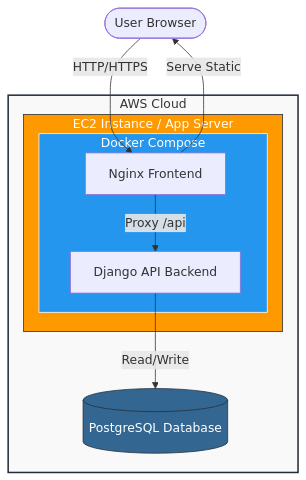
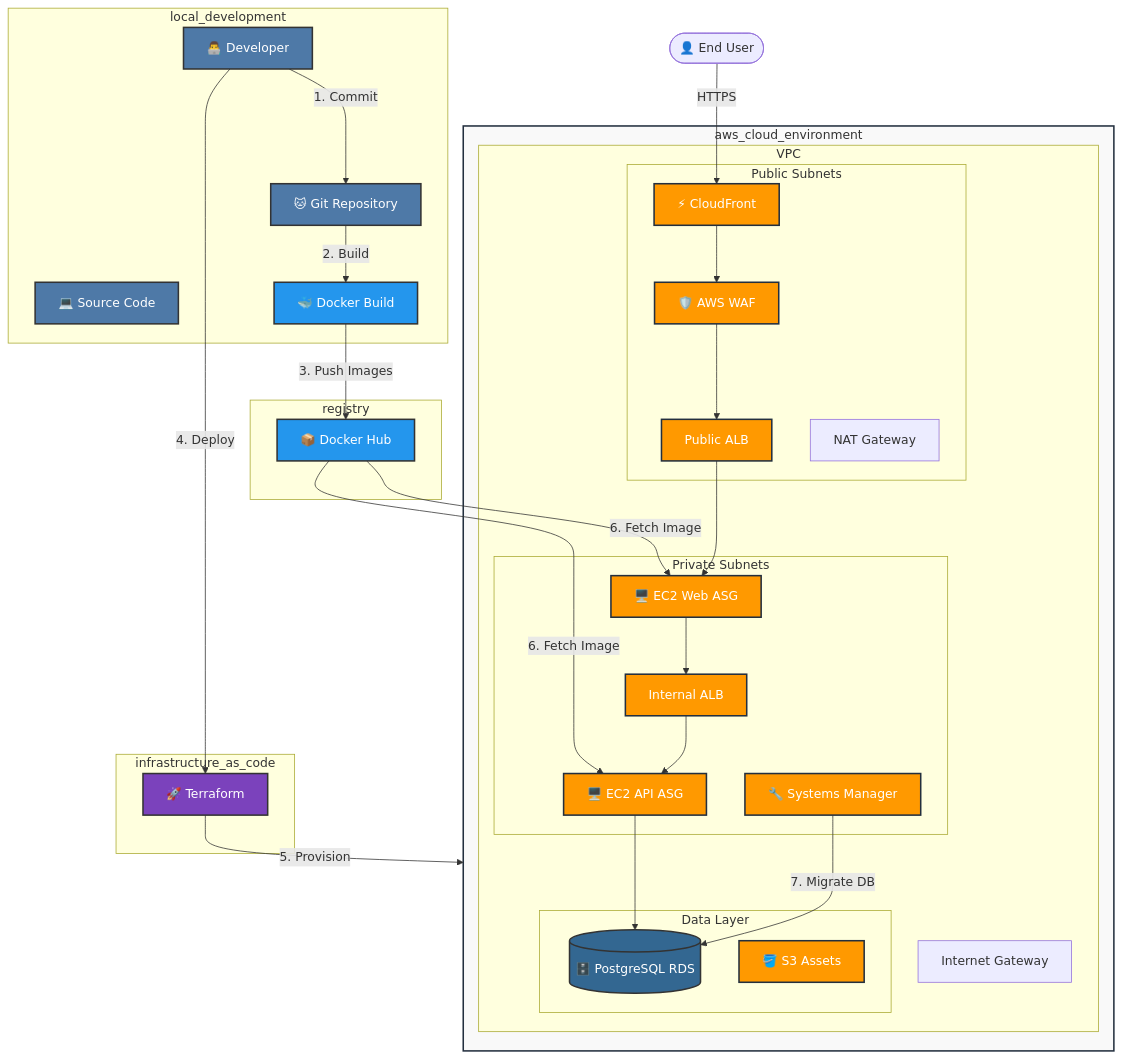
One commit to Peekachiu/Strada-a-Vehicle-Market-Valuation changed the diagram in README.md. Above: the diagram before and after it, drawn with Mermaid.

````diff
--- a/README.md
+++ b/README.md
@@ -51,27 +51,79 @@
 ```mermaid
 graph TD
-    User([User Browser])
-    
-    subgraph AWS [AWS Cloud]
+    %% Define styles
+    classDef dev fill:#4E79A7,stroke:#333,color:white,stroke-width:2px;
+    classDef aws fill:#FF9900,stroke:#232f3e,color:white,stroke-width:2px;
+    classDef docker fill:#2496ED,stroke:#333,color:white,stroke-width:2px;
+    classDef db fill:#336791,stroke:#333,color:white,stroke-width:2px;
+    classDef terraform fill:#7B42BC,stroke:#333,color:white,stroke-width:2px;
+
+    %% 1. Development & Build Phase
+    subgraph DevEnv [local_development]
+        Git[🐱 Git Repository]:::dev
+        Code[💻 Source Code]:::dev
+        DevUser[👨‍💻 Developer]:::dev
+        
+        DevUser -->|1. Commit| Git
+        Git -->|2. Build| DockerBuild[🐳 Docker Build]:::docker
+    end
+
+    %% 2. Artifact Registry
+    subgraph DockerHub [registry]
+        Hub[📦 Docker Hub]:::docker
+    end
+
+    DockerBuild -->|3. Push Images| Hub
+
+    %% 3. Infrastructure Deployment
+    subgraph IaC [infrastructure_as_code]
+        TF[🚀 Terraform]:::terraform
+    end
+
+    DevUser -->|4. Deploy| TF
+
+    %% 4. AWS Cloud Environment
+    subgraph AWS [aws_cloud_environment]
         style AWS fill:#f9f9f9,stroke:#232f3e,stroke-width:2px
-        
-        subgraph EC2 [EC2 Instance / App Server]
-            style EC2 fill:#FF9900,stroke:#232f3e,color:white
+
+        subgraph Network [VPC]
+            IGW[Internet Gateway]
             
-            subgraph Docker [Docker Compose]
-                style Docker fill:#2496ed,stroke:#ffffff,color:white
-                
-                Nginx[Nginx Frontend]
-                Django[Django API Backend]
+            subgraph Public [Public Subnets]
+                WAF[🛡️ AWS WAF]:::aws
+                CF[⚡ CloudFront]:::aws
+                ALB_Pub[Public ALB]:::aws
+                NAT[NAT Gateway]
+            end
+
+            subgraph Private [Private Subnets]
+                EC2_Web[🖥️ EC2 Web ASG]:::aws
+                EC2_API[🖥️ EC2 API ASG]:::aws
+                ALB_Int[Internal ALB]:::aws
+                SSM[🔧 Systems Manager]:::aws
+            end
+            
+            subgraph Data [Data Layer]
+                RDS[(🗄️ PostgreSQL RDS)]:::db
+                S3[🪣 S3 Assets]:::aws
             end
         end
-        
-        RDS[(PostgreSQL Database)]
-        style RDS fill:#336791,stroke:#232f3e,color:white
     end
 
-    User -->|HTTP/HTTPS| Nginx
-    Nginx -->|Serve Static| User
-    Nginx -->|Proxy /api| Django
-    Django -->|Read/Write| RDS
+    %% Relationships
+    TF -->|5. Provision| AWS
+    Hub -->|6. Fetch Image| EC2_Web
+    Hub -->|6. Fetch Image| EC2_API
+    
+    %% Traffic Flow
+    User([👤 End User])
+    User -->|HTTPS| CF
+    CF --> WAF
+    WAF --> ALB_Pub
+    ALB_Pub --> EC2_Web
+    EC2_Web --> ALB_Int
+    ALB_Int --> EC2_API
+    EC2_API --> RDS
+
+    %% Database Migration
+    SSM -->|7. Migrate DB| RDS
 ```
````
